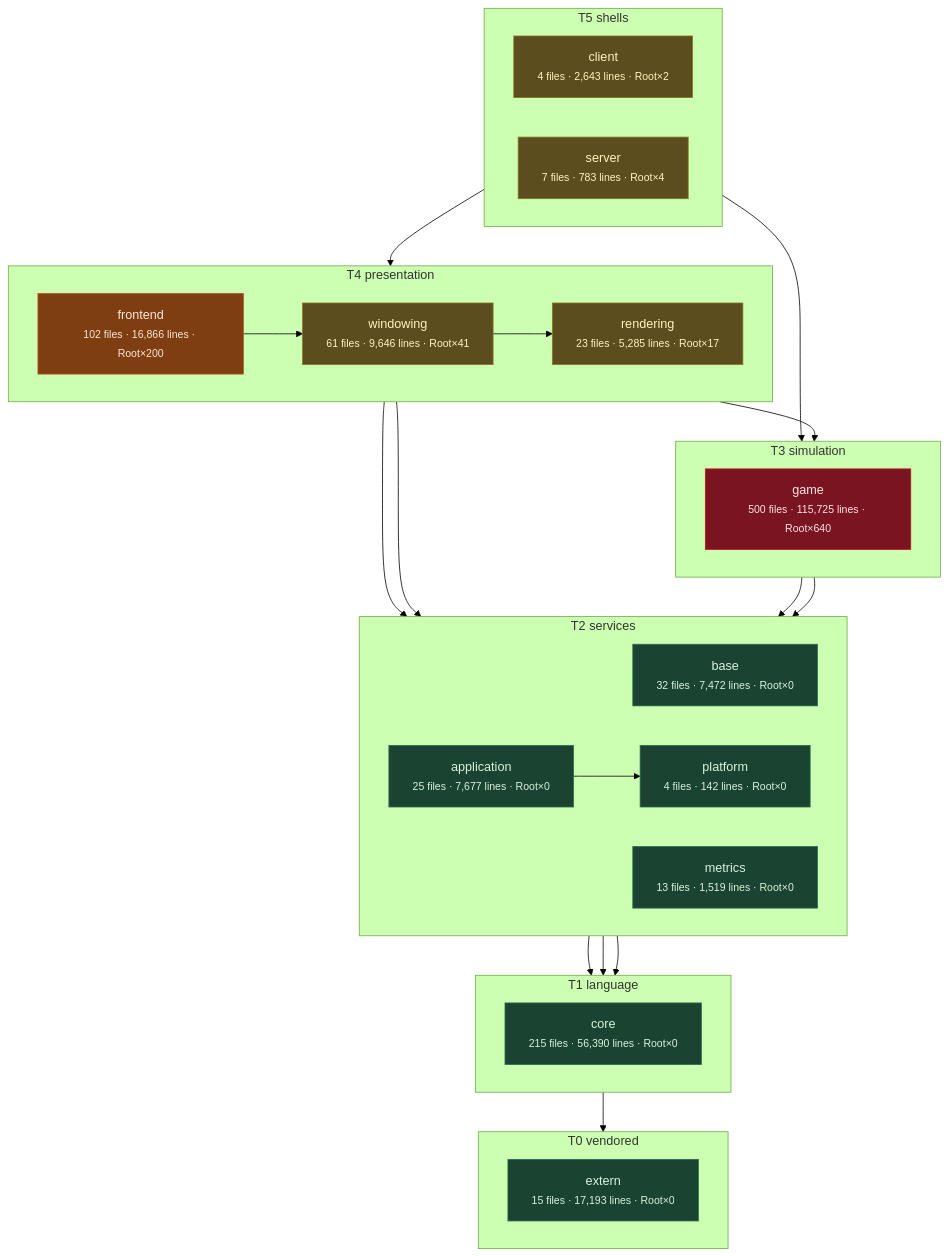
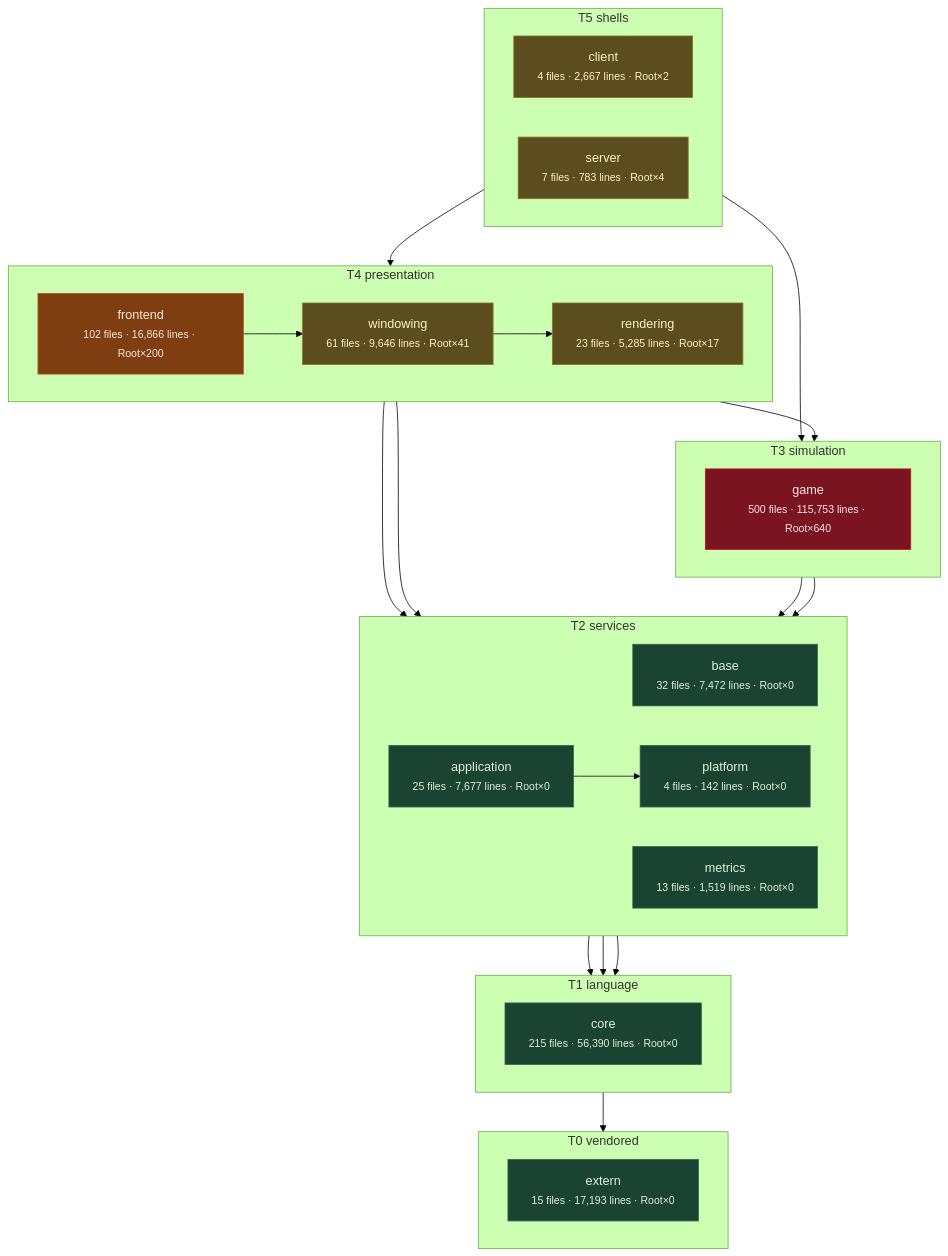
The third of 11 diagrams in docs/architecture/system-boundaries.md (apnex/OpenStarbound), drawn with Mermaid (forest theme) before and after one commit. The commit also changed other lines of this file and 7 other files, not shown here.

````diff
--- a/docs/architecture/system-boundaries.md
+++ b/docs/architecture/system-boundaries.md
@@ -271,55 +271,55 @@
 ```mermaid
 flowchart TD
   subgraph T0["T0 vendored"]
     direction LR
     extern["extern<br/><small>15 files · 17,193 lines · Root×0</small>"]
   end
   subgraph T1["T1 language"]
     direction LR
     core["core<br/><small>215 files · 56,390 lines · Root×0</small>"]
   end
   subgraph T2["T2 services"]
     direction LR
     base["base<br/><small>32 files · 7,472 lines · Root×0</small>"]
     metrics["metrics<br/><small>13 files · 1,519 lines · Root×0</small>"]
     platform["platform<br/><small>4 files · 142 lines · Root×0</small>"]
     application["application<br/><small>25 files · 7,677 lines · Root×0</small>"]
   end
   subgraph T3["T3 simulation"]
     direction LR
-    game["game<br/><small>500 files · 115,725 lines · Root×640</small>"]
+    game["game<br/><small>500 files · 115,753 lines · Root×640</small>"]
   end
   subgraph T4["T4 presentation"]
     direction LR
     rendering["rendering<br/><small>23 files · 5,285 lines · Root×17</small>"]
     windowing["windowing<br/><small>61 files · 9,646 lines · Root×41</small>"]
     frontend["frontend<br/><small>102 files · 16,866 lines · Root×200</small>"]
   end
   subgraph T5["T5 shells"]
     direction LR
-    client["client<br/><small>4 files · 2,643 lines · Root×2</small>"]
+    client["client<br/><small>4 files · 2,667 lines · Root×2</small>"]
     server["server<br/><small>7 files · 783 lines · Root×4</small>"]
   end
   core --> extern
   base --> core
   metrics --> core
   platform --> core
   application --> platform
   game --> base
   game --> platform
   rendering --> application
   rendering --> game
   windowing --> rendering
   frontend --> metrics
   frontend --> windowing
   client --> frontend
   server --> game
   classDef clean fill:#1b4332,stroke:#2d6a4f,color:#d8f3dc
   classDef warm  fill:#5c4d1e,stroke:#8a7420,color:#fff3bf
   classDef hot   fill:#7f3e12,stroke:#b5561b,color:#ffe8d6
   classDef blaze fill:#7a1420,stroke:#c1121f,color:#ffe5e5
   class extern,core,base,metrics,platform,application clean
   class rendering,windowing,client,server warm
   class frontend hot
   class game blaze
 ```
````
